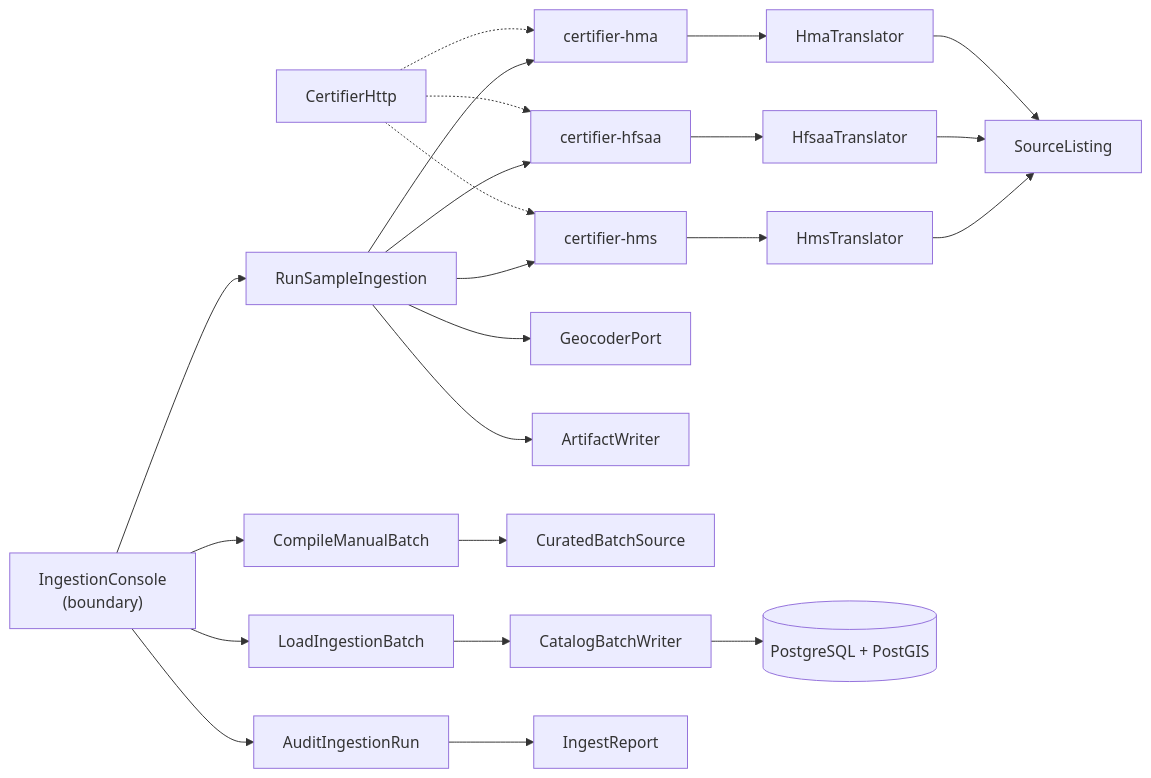
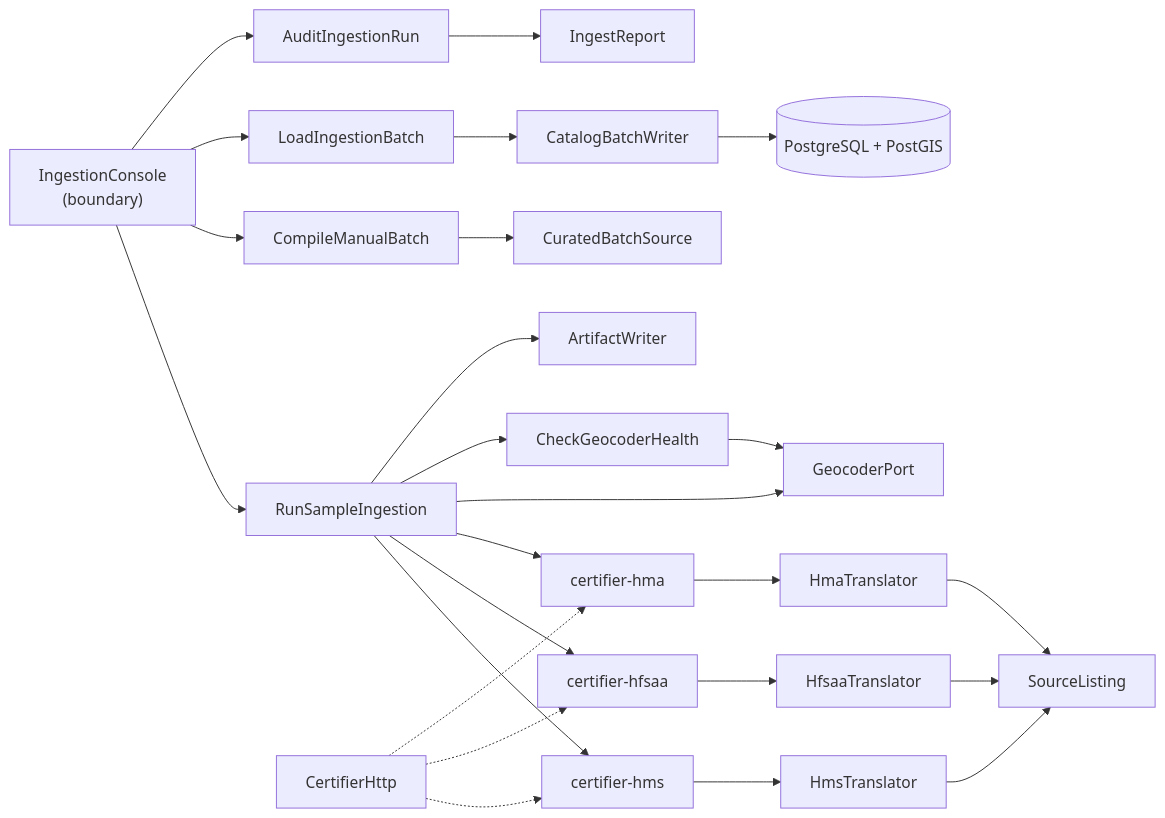
Before and after one commit to Losers-Lab/tahirs-list: the first of 3 diagrams in docs/features/SC-211/05-class-diagram-system.md, drawn with Mermaid. The commit also changed other lines of this file and 8 other files, not shown here.

````diff
--- a/docs/features/SC-211/05-class-diagram-system.md
+++ b/docs/features/SC-211/05-class-diagram-system.md
@@ -7,25 +7,27 @@
 ```mermaid
 flowchart LR
   B["IngestionConsole<br/>(boundary)"] --> C1[RunSampleIngestion]
   B --> C2[CompileManualBatch]
   B --> C3[LoadIngestionBatch]
   B --> C4[AuditIngestionRun]
   C1 --> L1[certifier-hms]
   C1 --> L2[certifier-hfsaa]
   C1 --> L3[certifier-hma]
   L1 --> T1[HmsTranslator]
   L2 --> T2[HfsaaTranslator]
   L3 --> T3[HmaTranslator]
   T1 --> SL[SourceListing]
   T2 --> SL
   T3 --> SL
   C1 --> P2[GeocoderPort]
+  C1 --> P6[CheckGeocoderHealth]
+  P6 --> P2
   C1 --> P3[ArtifactWriter]
   C2 --> P4[CuratedBatchSource]
   C3 --> P5[CatalogBatchWriter]
   P5 --> DB[("PostgreSQL + PostGIS")]
   C4 --> R[IngestReport]
   CORE[CertifierHttp] -.-> L1
   CORE -.-> L2
   CORE -.-> L3
 ```
````
